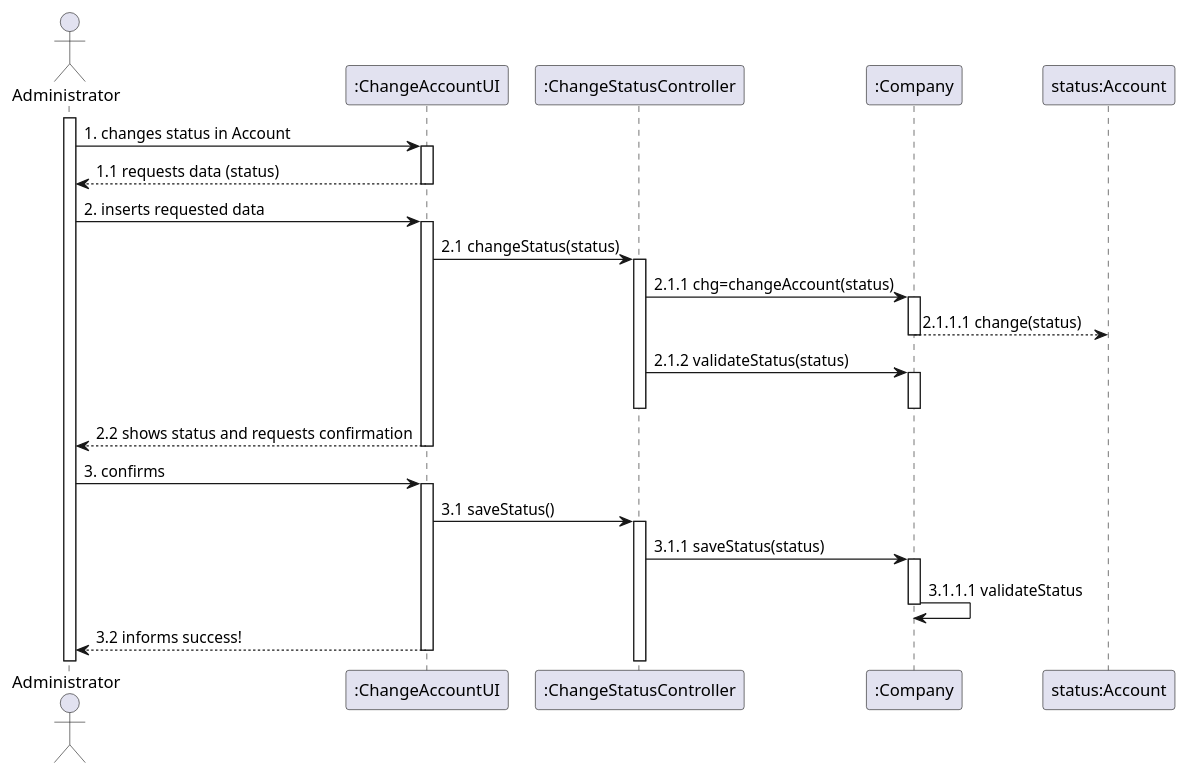
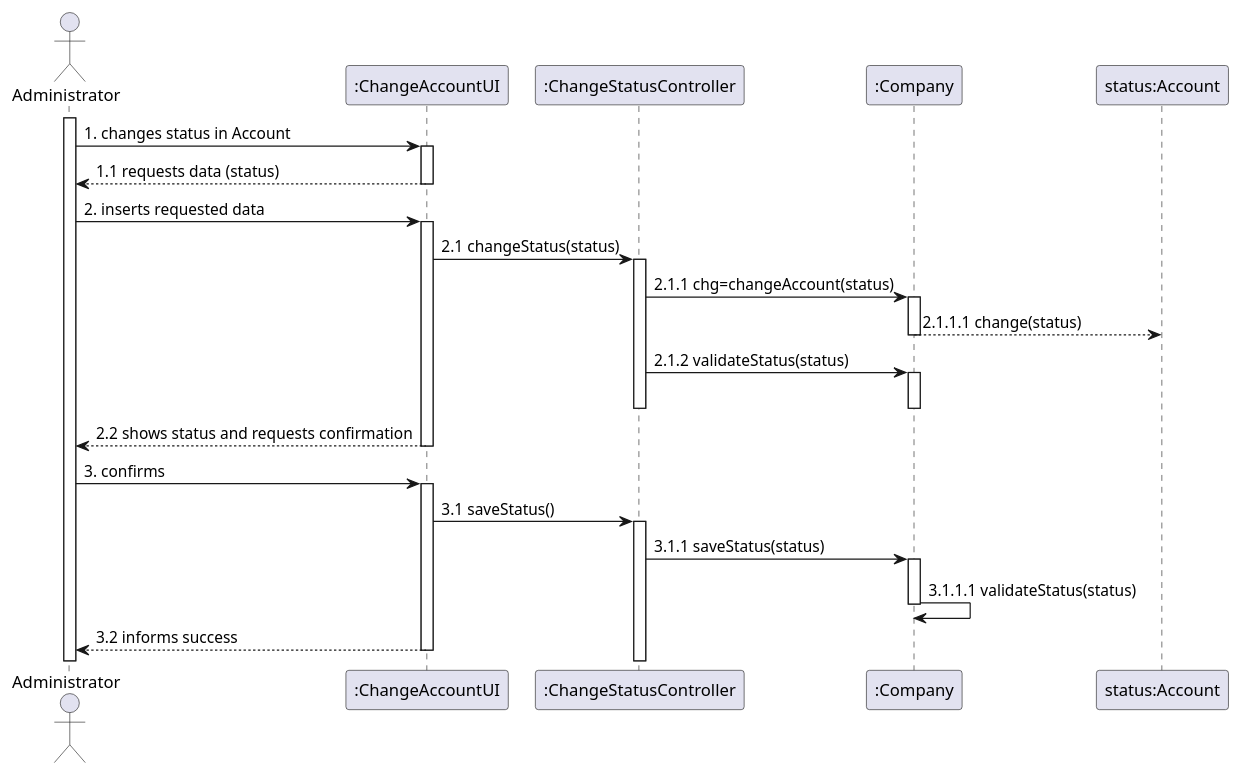
The diagram in docs/modelling_design/user_stories/us005/US005_Sequence_Diagram.puml (Loracline/project_switch_22-23), drawn with PlantUML before and after one commit. The commit also changed 9 other files, not shown here.

Commit message:
US002: Design - Refinement of Class Diagram (UC: To Register Account)

```diff
--- a/docs/modelling_design/user_stories/us005/US005_Sequence_Diagram.puml
+++ b/docs/modelling_design/user_stories/us005/US005_Sequence_Diagram.puml
@@ -2,42 +2,39 @@
 @startuml
-'última versão
-'https://plantuml.com/sequence-diagram
-
 
 actor "Administrator"
 participant ":ChangeAccountUI" as caUi
 participant ":ChangeStatusController" as cac
 participant ":Company" as company
 participant "status:Account" as Account
 
 activate Administrator
 Administrator  -> caUi : 1. changes status in Account
 activate caUi
 caUi --> Administrator: 1.1 requests data (status)
 deactivate caUi
 Administrator -> caUi: 2. inserts requested data
 activate caUi
 caUi -> cac: 2.1 changeStatus(status)
 activate cac
 cac -> company: 2.1.1 chg=changeAccount(status)
 activate company
 company --> Account: 2.1.1.1 change(status)
 deactivate company
 cac -> company: 2.1.2 validateStatus(status)
 activate company
 deactivate cac
 deactivate company
 caUi --> Administrator: 2.2 shows status and requests confirmation
 deactivate caUi
 Administrator -> caUi: 3. confirms
 activate caUi
 caUi -> cac: 3.1 saveStatus()
 activate cac
 cac -> company: 3.1.1 saveStatus(status)
 activate company
-company -> company: 3.1.1.1 validateStatus
+company -> company: 3.1.1.1 validateStatus(status)
 deactivate company
-caUi --> Administrator: 3.2 informs success!
+caUi --> Administrator: 3.2 informs success
 deactivate caUi
 
 @enduml
```
